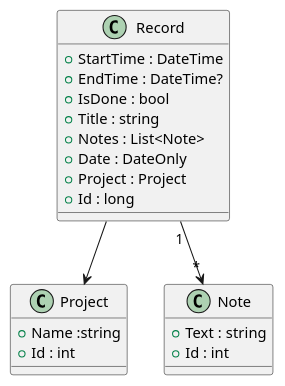
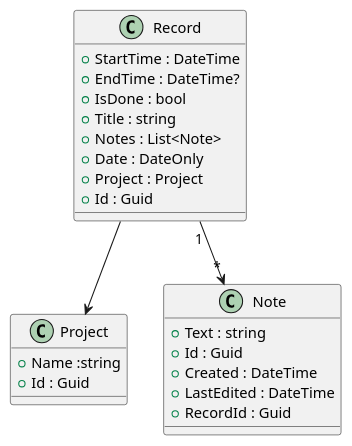
Before and after one commit to quaterni/TimaProject: the diagram in docs/class_diagrams/model.plantuml, drawn with PlantUML. The commit also changed 9 other files, not shown here.

```diff
--- a/docs/class_diagrams/model.plantuml
+++ b/docs/class_diagrams/model.plantuml
@@ -1,27 +1,30 @@
 @startuml
 
 class Record {
     + StartTime : DateTime
     + EndTime : DateTime?
     + IsDone : bool
     + Title : string
     + Notes : List<Note>
     + Date : DateOnly
     + Project : Project
-    + Id : long
+    + Id : Guid
 }
 
 class Project {
     + Name :string
-    + Id : int
+    + Id : Guid
 }
 
 class Note {
     + Text : string
-    + Id : int
+    + Id : Guid
+    + Created : DateTime
+    + LastEdited : DateTime
+    + RecordId : Guid
 }
 
 Record --> Project
 Record "1"  --> "*" Note
 
 @enduml
```
